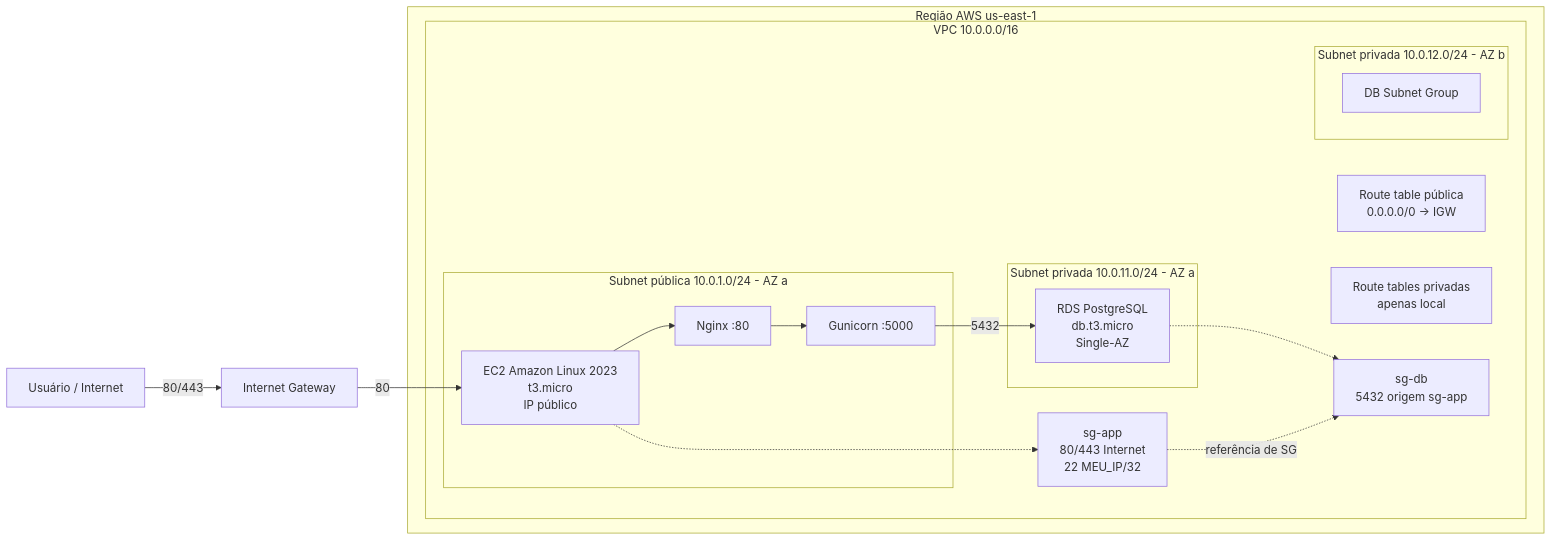
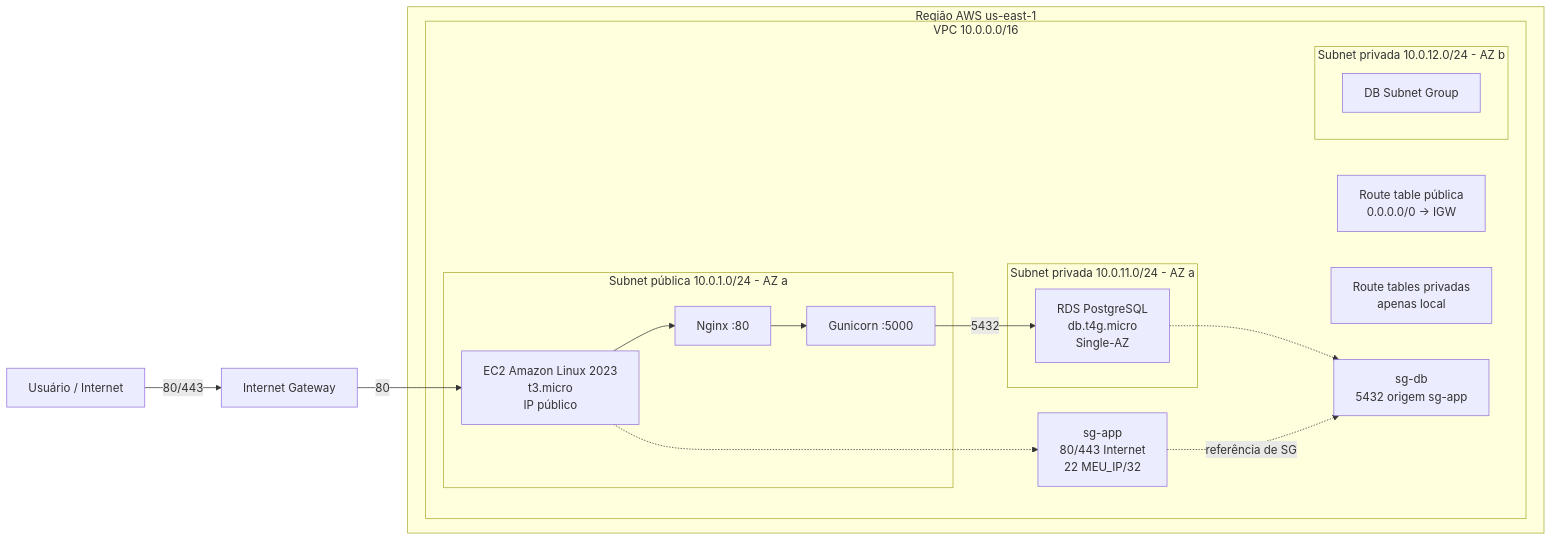
Before and after one commit to Machada1/ToggleMaster-TechChallenge1: the diagram in docs/arquitetura.md, drawn with Mermaid. The commit also changed 6 other files, not shown here.

````diff
--- a/docs/arquitetura.md
+++ b/docs/arquitetura.md
@@ -3,30 +3,30 @@
 ```mermaid
 flowchart LR
     U[Usuário / Internet]
     IGW[Internet Gateway]
     subgraph AWS[Região AWS us-east-1]
       subgraph VPC[VPC 10.0.0.0/16]
         subgraph PUB[Subnet pública 10.0.1.0/24 - AZ a]
           EC2[EC2 Amazon Linux 2023<br/>t3.micro<br/>IP público]
           NG[Nginx :80]
           G[Gunicorn :5000]
           EC2 --> NG --> G
         end
         subgraph PRIV1[Subnet privada 10.0.11.0/24 - AZ a]
-          RDS[RDS PostgreSQL<br/>db.t3.micro<br/>Single-AZ]
+          RDS[RDS PostgreSQL<br/>db.t4g.micro<br/>Single-AZ]
         end
         subgraph PRIV2[Subnet privada 10.0.12.0/24 - AZ b]
           DBSG[DB Subnet Group]
         end
         RT1[Route table pública<br/>0.0.0.0/0 -> IGW]
         RT2[Route tables privadas<br/>apenas local]
         SGAPP[sg-app<br/>80/443 Internet<br/>22 MEU_IP/32]
         SGDB[sg-db<br/>5432 origem sg-app]
       end
     end
     U -->|80/443| IGW -->|80| EC2
     G -->|5432| RDS
     EC2 -.-> SGAPP
     RDS -.-> SGDB
     SGAPP -.->|referência de SG| SGDB
 ```
````
